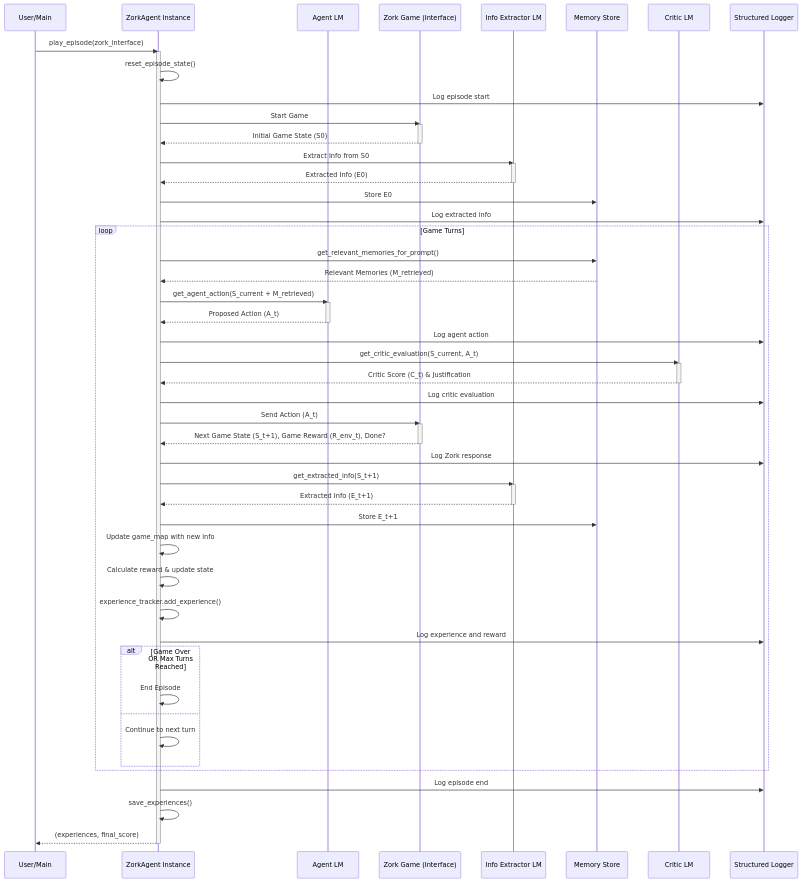
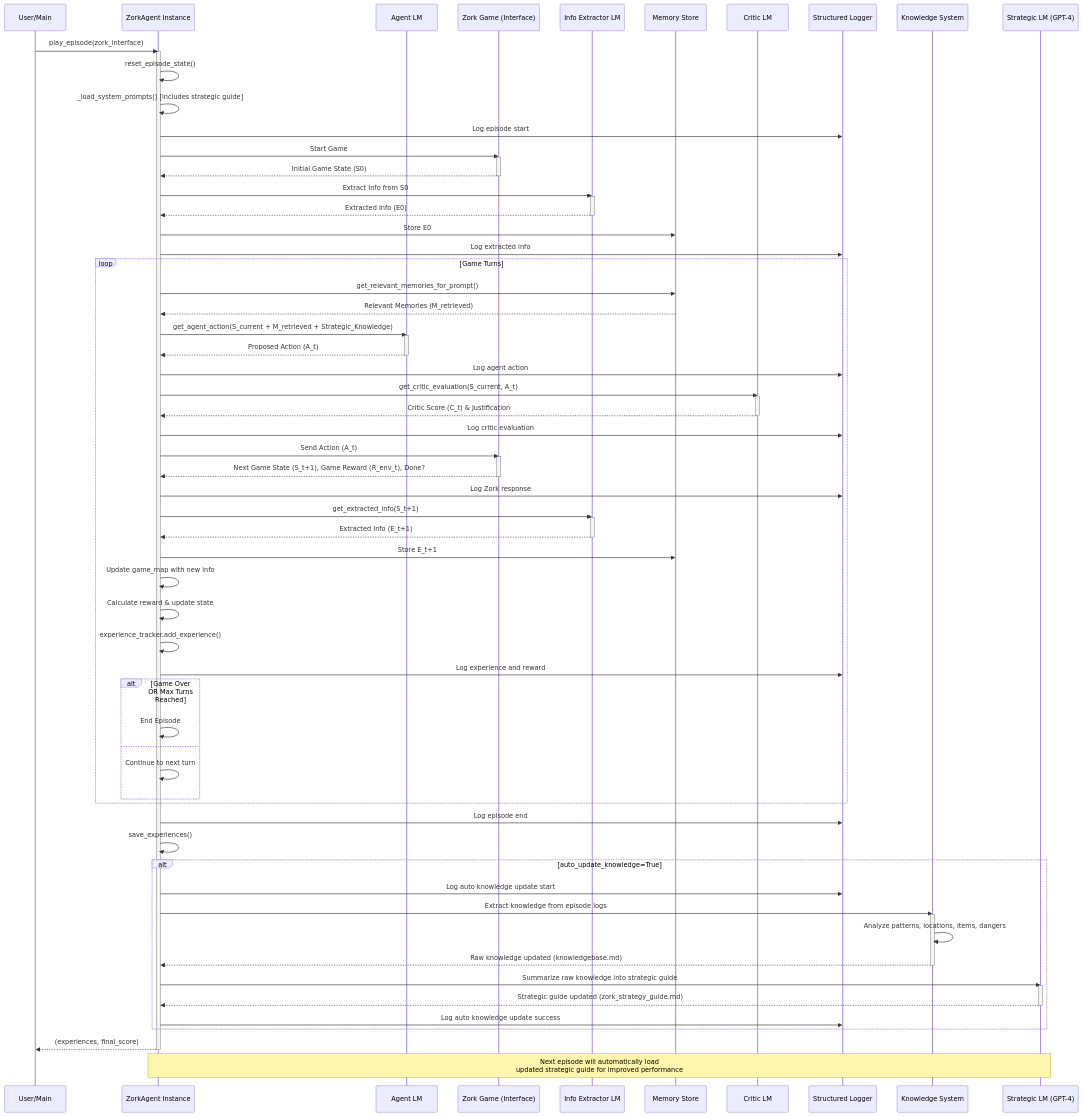
The diagram in README.md (stickystyle/ZorkGPT), drawn with Mermaid before and after one commit. The commit also changed other lines of this file and 4 other files, not shown here.

First line of the commit message:
Add automated knowledge update system to ZorkAgent

````diff
--- a/README.md
+++ b/README.md
@@ -263,11 +304,14 @@
     participant MemoryStore as Memory Store
     participant Critic_LM as Critic LM
     participant Logger as Structured Logger
+    participant KnowledgeSystem as Knowledge System
+    participant StrategicLM as Strategic LM (GPT-4)
 
     User->>ZorkAgent: play_episode(zork_interface)
     activate ZorkAgent
     
     ZorkAgent->>ZorkAgent: reset_episode_state()
+    ZorkAgent->>ZorkAgent: _load_system_prompts() [includes strategic guide]
     ZorkAgent->>Logger: Log episode start
     
     ZorkAgent->>ZorkGame: Start Game
@@ -287,7 +331,7 @@
         ZorkAgent->>MemoryStore: get_relevant_memories_for_prompt()
         MemoryStore-->>ZorkAgent: Relevant Memories (M_retrieved)
 
-        ZorkAgent->>Agent_LM: get_agent_action(S_current + M_retrieved)
+        ZorkAgent->>Agent_LM: get_agent_action(S_current + M_retrieved + Strategic_Knowledge)
         activate Agent_LM
         Agent_LM-->>ZorkAgent: Proposed Action (A_t)
         deactivate Agent_LM
@@ -325,6 +369,24 @@
     
     ZorkAgent->>Logger: Log episode end
     ZorkAgent->>ZorkAgent: save_experiences()
+    
+    alt auto_update_knowledge=True
+        ZorkAgent->>Logger: Log auto knowledge update start
+        ZorkAgent->>KnowledgeSystem: Extract knowledge from episode logs
+        activate KnowledgeSystem
+        KnowledgeSystem->>KnowledgeSystem: Analyze patterns, locations, items, dangers
+        KnowledgeSystem-->>ZorkAgent: Raw knowledge updated (knowledgebase.md)
+        deactivate KnowledgeSystem
+        
+        ZorkAgent->>StrategicLM: Summarize raw knowledge into strategic guide
+        activate StrategicLM
+        StrategicLM-->>ZorkAgent: Strategic guide updated (zork_strategy_guide.md)
+        deactivate StrategicLM
+        ZorkAgent->>Logger: Log auto knowledge update success
+    end
+    
     ZorkAgent-->>User: (experiences, final_score)
     deactivate ZorkAgent
+    
+    Note over ZorkAgent, StrategicLM: Next episode will automatically load<br/>updated strategic guide for improved performance
 ```
````
